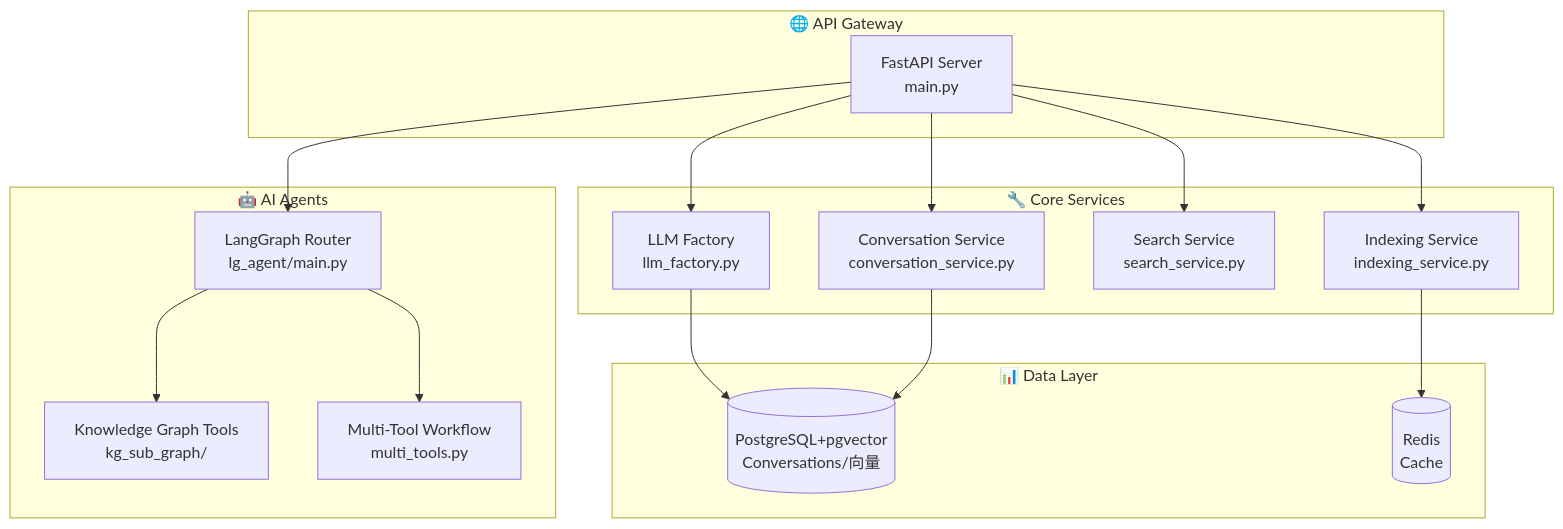
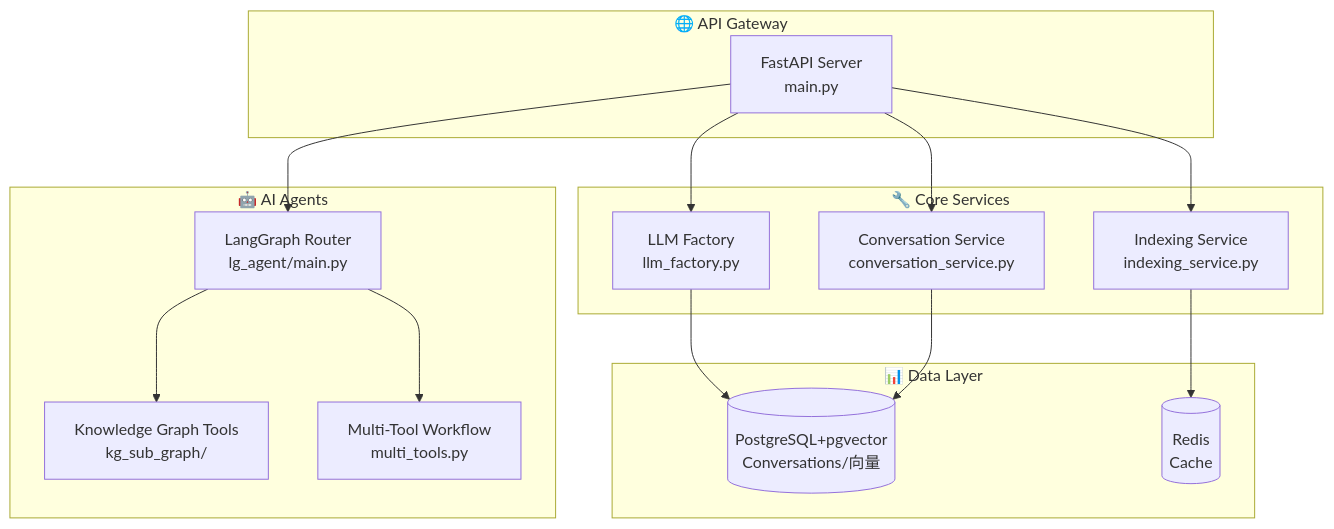
The diagram in llm_backend/README.md (blowt16/SmartCS-Agent), drawn with Mermaid before and after one commit. The commit also changed other lines of this file and 39 other files, not shown here.

````diff
--- a/llm_backend/README.md
+++ b/llm_backend/README.md
@@ -14,36 +14,34 @@
 ```mermaid
 flowchart TB
     subgraph "🌐 API Gateway"
         A[FastAPI Server<br/>main.py]
     end
     
     subgraph "🔧 Core Services"
         B[LLM Factory<br/>llm_factory.py]
         C[Conversation Service<br/>conversation_service.py]
-        D[Search Service<br/>search_service.py]
         E[Indexing Service<br/>indexing_service.py]
     end
     
     subgraph "🤖 AI Agents"
         F[LangGraph Router<br/>lg_agent/main.py]
         G[Knowledge Graph Tools<br/>kg_sub_graph/]
         H[Multi-Tool Workflow<br/>multi_tools.py]
     end
     
     subgraph "📊 Data Layer"
         I[(PostgreSQL+pgvector<br/>Conversations/向量)]
         K[(Redis<br/>Cache)]
     end
     
     A --> B
     A --> C
-    A --> D
     A --> E
     A --> F
     
     B --> I
     C --> I
     F --> G
     F --> H
     E --> K
 ```
````
